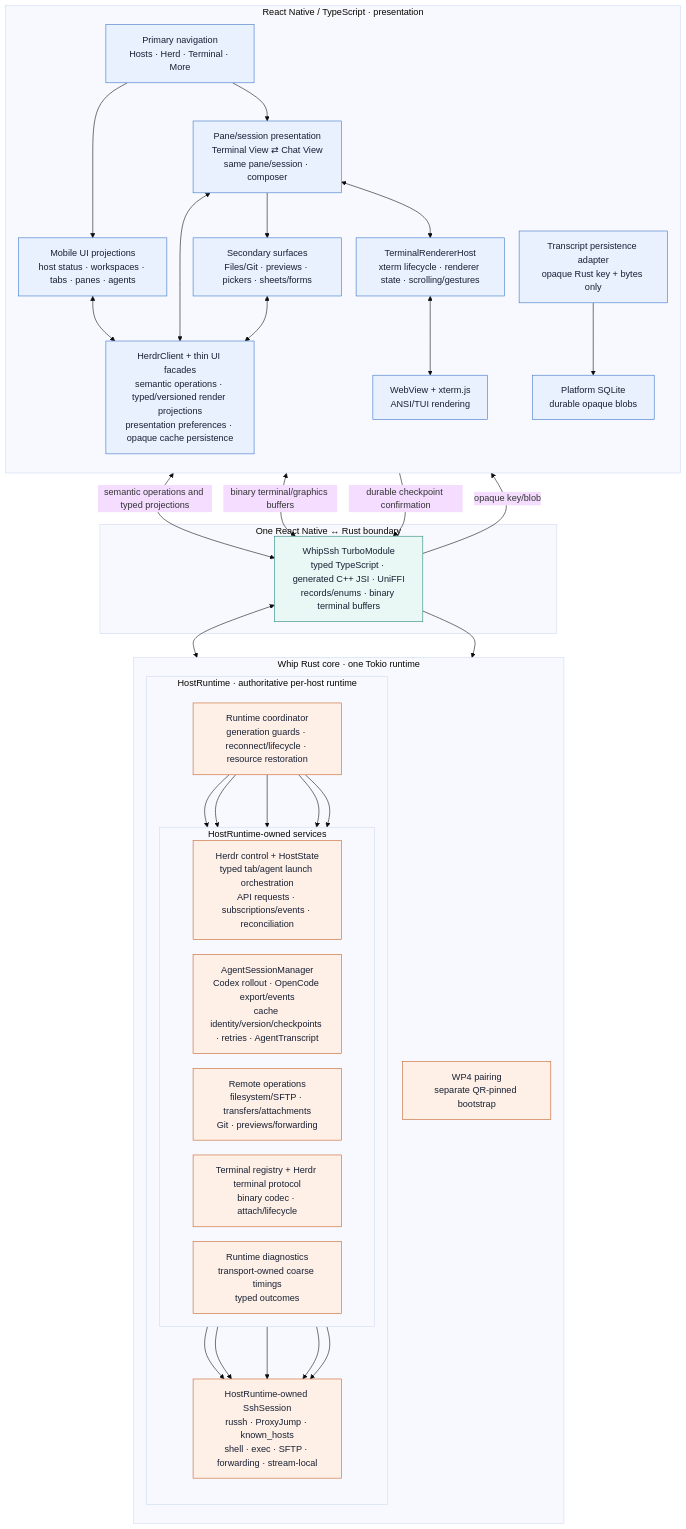
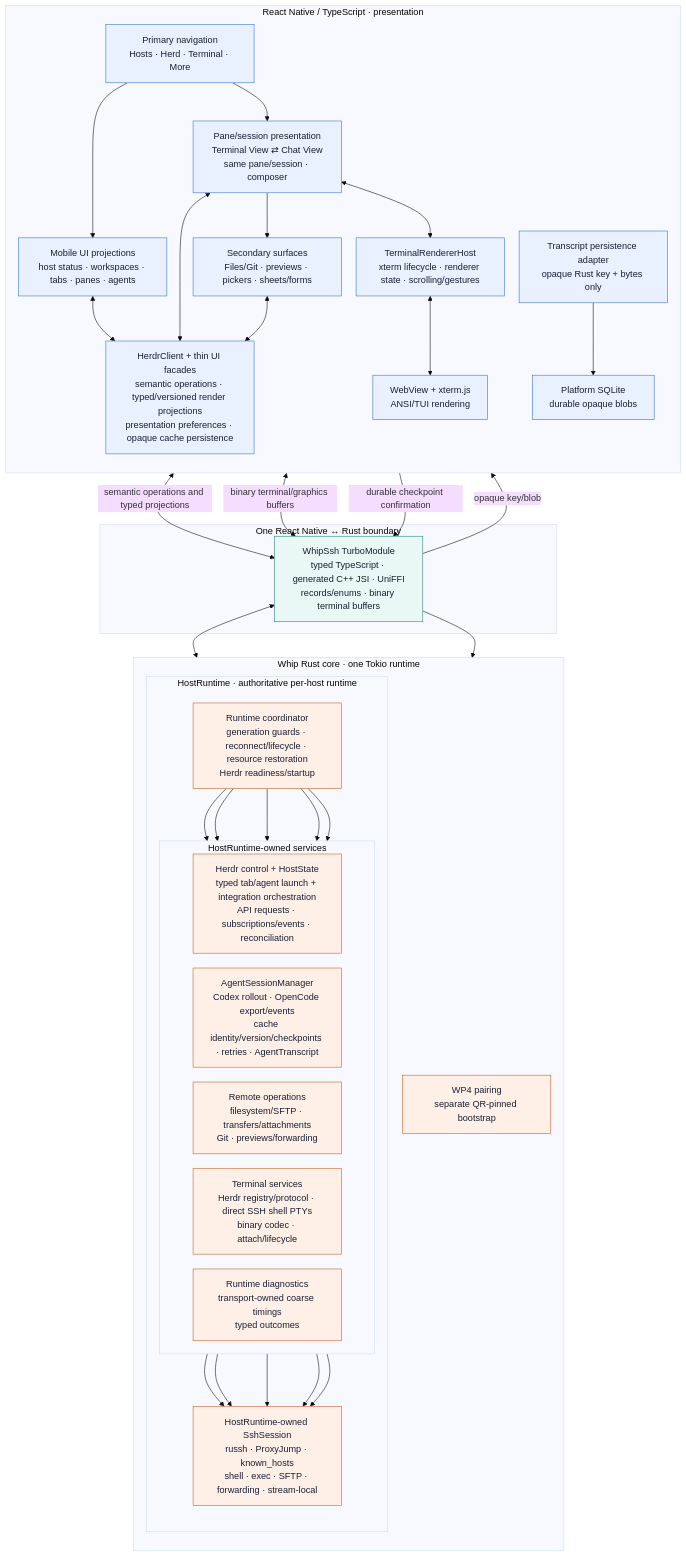
The diagram in docs/mobile-app-architecture.mmd (KaminariOS/whip), drawn with Mermaid before and after one commit. The commit also changed 4 other files, not shown here.

Commit message:
doc: refresh WhipAir and architecture guidance

```diff
--- a/docs/mobile-app-architecture.mmd
+++ b/docs/mobile-app-architecture.mmd
@@ -1,74 +1,74 @@
 %%{init: {"theme":"base","flowchart":{"curve":"basis","htmlLabels":true,"nodeSpacing":26,"rankSpacing":42}}}%%
 flowchart TB
   subgraph UI["React Native / TypeScript · presentation"]
     direction TB
     Navigation["Primary navigation<br/>Hosts · Herd · Terminal · More"]
     Projections["Mobile UI projections<br/>host status · workspaces · tabs · panes · agents"]
     SessionViews["Pane/session presentation<br/>Terminal View ⇄ Chat View<br/>same pane/session · composer"]
     Secondary["Secondary surfaces<br/>Files/Git · previews · pickers · sheets/forms"]
     Client["HerdrClient + thin UI facades<br/>semantic operations · typed/versioned render projections<br/>presentation preferences · opaque cache persistence"]
     CacheAdapter["Transcript persistence adapter<br/>opaque Rust key + bytes only"]
     SQLite["Platform SQLite<br/>durable opaque blobs"]
     Renderer["TerminalRendererHost<br/>xterm lifecycle · renderer state · scrolling/gestures"]
     Xterm["WebView + xterm.js<br/>ANSI/TUI rendering"]
 
     Navigation --> Projections
     Navigation --> SessionViews
     Projections <--> Client
     SessionViews <--> Client
     Secondary <--> Client
     SessionViews --> Secondary
     SessionViews <--> Renderer
     Renderer <--> Xterm
     CacheAdapter --> SQLite
   end
 
   subgraph Boundary["One React Native ↔ Rust boundary"]
     Module["WhipSsh TurboModule<br/>typed TypeScript · generated C++ JSI · UniFFI<br/>records/enums · binary terminal buffers"]
   end
 
   subgraph Rust["Whip Rust core · one Tokio runtime"]
     direction TB
     subgraph Runtime["HostRuntime · authoritative per-host runtime"]
       direction TB
-      Lifecycle["Runtime coordinator<br/>generation guards · reconnect/lifecycle · resource restoration"]
+      Lifecycle["Runtime coordinator<br/>generation guards · reconnect/lifecycle · resource restoration<br/>Herdr readiness/startup"]
 
       subgraph Services["HostRuntime-owned services"]
         direction LR
-        Control["Herdr control + HostState<br/>typed tab/agent launch orchestration<br/>API requests · subscriptions/events · reconciliation"]
+        Control["Herdr control + HostState<br/>typed tab/agent launch + integration orchestration<br/>API requests · subscriptions/events · reconciliation"]
         Agents["AgentSessionManager<br/>Codex rollout · OpenCode export/events<br/>cache identity/version/checkpoints · retries · AgentTranscript"]
         Operations["Remote operations<br/>filesystem/SFTP · transfers/attachments<br/>Git · previews/forwarding"]
-        Terminals["Terminal registry + Herdr terminal protocol<br/>binary codec · attach/lifecycle"]
+        Terminals["Terminal services<br/>Herdr registry/protocol · direct SSH shell PTYs<br/>binary codec · attach/lifecycle"]
         Diagnostics["Runtime diagnostics<br/>transport-owned coarse timings<br/>typed outcomes"]
       end
 
       Transport["HostRuntime-owned SshSession<br/>russh · ProxyJump · known_hosts<br/>shell · exec · SFTP · forwarding · stream-local"]
 
       Lifecycle --> Control
       Lifecycle --> Agents
       Lifecycle --> Operations
       Lifecycle --> Terminals
       Lifecycle --> Diagnostics
       Control --> Transport
       Agents --> Transport
       Operations --> Transport
       Terminals --> Transport
       Diagnostics --> Transport
     end
 
     Pairing["WP4 pairing<br/>separate QR-pinned bootstrap"]
   end
 
   Client <-->|"semantic operations and typed projections"| Module
   Renderer <-->|"binary terminal/graphics buffers"| Module
   Module <--> Lifecycle
   Module --> Pairing
   Module -->|"opaque key/blob"| CacheAdapter
   CacheAdapter -->|"durable checkpoint confirmation"| Module
 
   classDef react fill:#e9f1ff,stroke:#3772c5,color:#172033
   classDef native fill:#e9f7f5,stroke:#23847a,color:#172033
   classDef rust fill:#fff0e7,stroke:#c45f24,color:#172033
   class Navigation,Projections,SessionViews,Secondary,Client,CacheAdapter,SQLite,Renderer,Xterm react
   class Module native
   class Lifecycle,Control,Agents,Operations,Terminals,Diagnostics,Transport,Pairing rust
```
